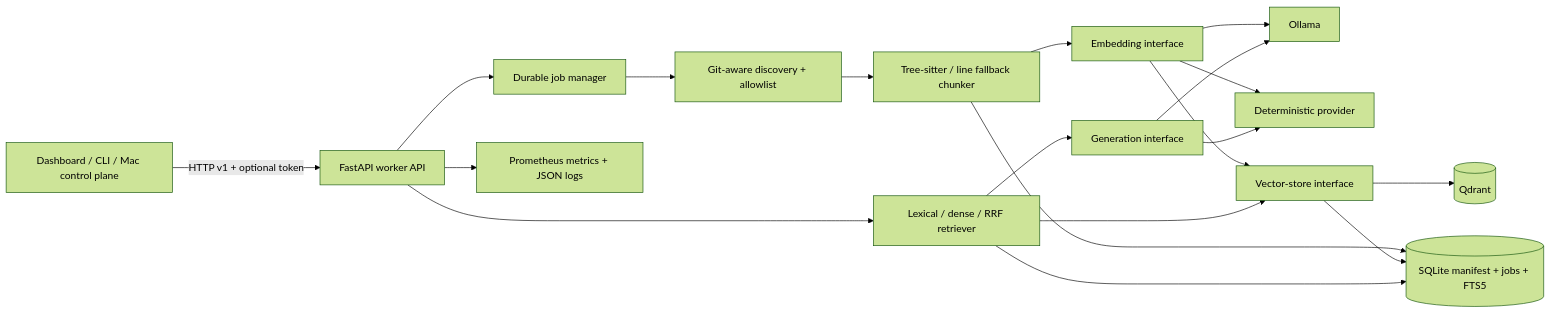
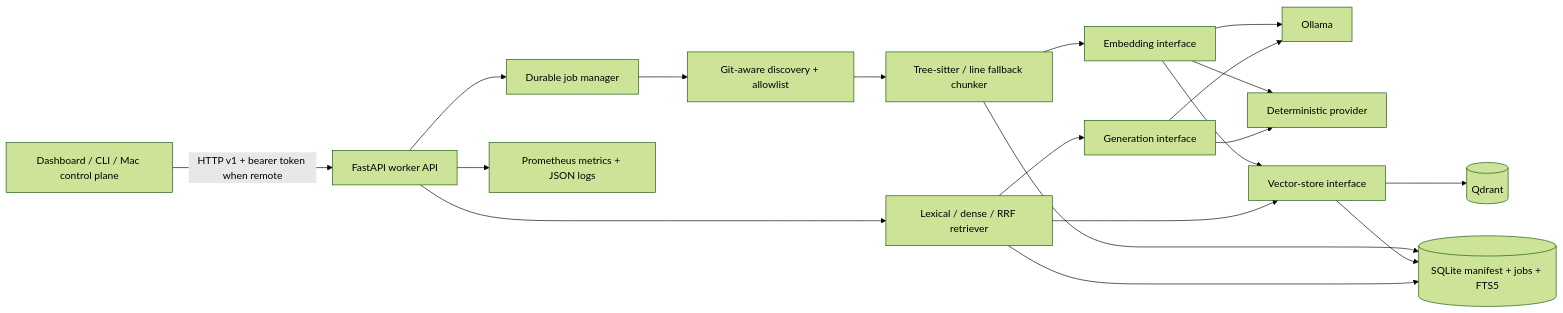
Before and after one commit to yangchen1234/repomesh: the diagram in ARCHITECTURE.md, drawn with Mermaid (forest theme). The commit also changed other lines of this file and 8 other files, not shown here.

````diff
--- a/ARCHITECTURE.md
+++ b/ARCHITECTURE.md
@@ -5,21 +5,21 @@
 ```mermaid
 flowchart LR
-    U[Dashboard / CLI / Mac control plane] -->|HTTP v1 + optional token| API[FastAPI worker API]
+    U[Dashboard / CLI / Mac control plane] -->|HTTP v1 + bearer token when remote| API[FastAPI worker API]
     API --> JOB[Durable job manager]
     JOB --> DISC[Git-aware discovery + allowlist]
     DISC --> CHUNK[Tree-sitter / line fallback chunker]
     CHUNK --> EMB[Embedding interface]
     EMB --> OLLAMA[Ollama]
     EMB --> FAKE[Deterministic provider]
     CHUNK --> DB[(SQLite manifest + jobs + FTS5)]
     EMB --> VEC[Vector-store interface]
     VEC --> QDRANT[(Qdrant)]
     VEC --> DB
     API --> RET[Lexical / dense / RRF retriever]
     RET --> DB
     RET --> VEC
     RET --> GEN[Generation interface]
     GEN --> OLLAMA
     GEN --> FAKE
     API --> METRICS[Prometheus metrics + JSON logs]
 ```
````
